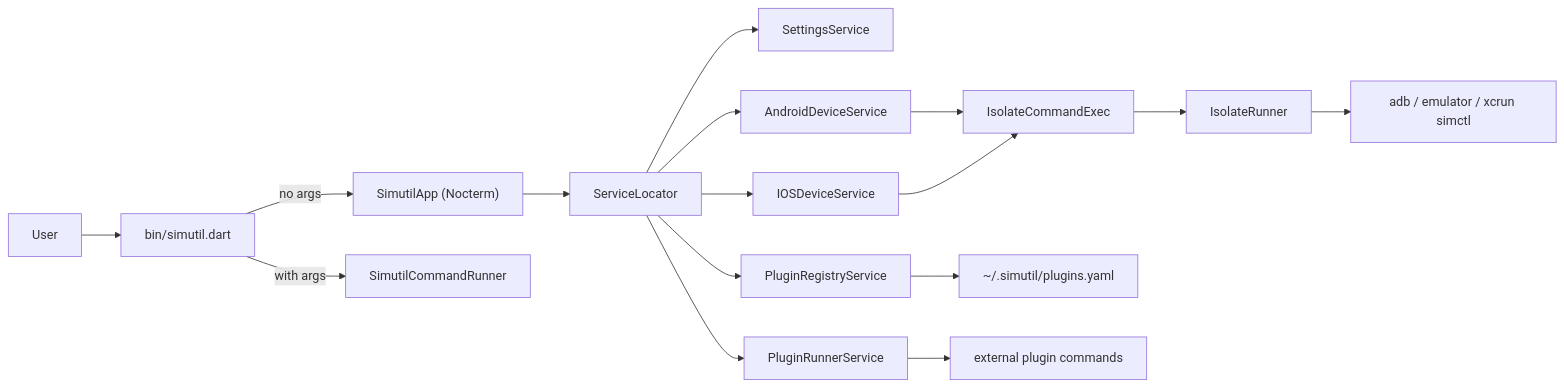
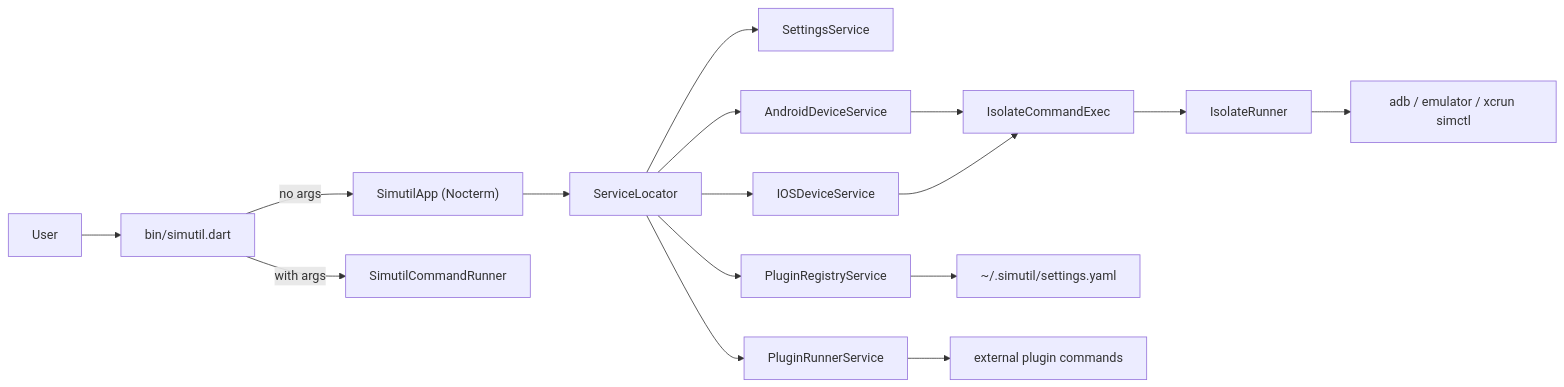
Before and after one commit to dungngminh/simutil: the diagram in docs/ai/architecture.md, drawn with Mermaid. The commit also changed other lines of this file and 17 other files, not shown here.

````diff
--- a/docs/ai/architecture.md
+++ b/docs/ai/architecture.md
@@ -42,18 +45,18 @@
 ```mermaid
 flowchart LR
     User[User] --> Bin["bin/simutil.dart"]
     Bin -->|"no args"| App["SimutilApp (Nocterm)"]
     Bin -->|"with args"| CLI["SimutilCommandRunner"]
     App --> Locator["ServiceLocator"]
     Locator --> Settings["SettingsService"]
     Locator --> Android["AndroidDeviceService"]
     Locator --> IOS["IOSDeviceService"]
     Locator --> PluginReg["PluginRegistryService"]
     Locator --> PluginRun["PluginRunnerService"]
     Android --> Exec["IsolateCommandExec"]
     IOS --> Exec
     Exec --> Runner["IsolateRunner"]
     Runner --> Shell["adb / emulator / xcrun simctl"]
-    PluginReg --> PluginsYaml["~/.simutil/plugins.yaml"]
+    PluginReg --> SettingsYaml["~/.simutil/settings.yaml"]
     PluginRun --> PluginShell["external plugin commands"]
 ```
````
